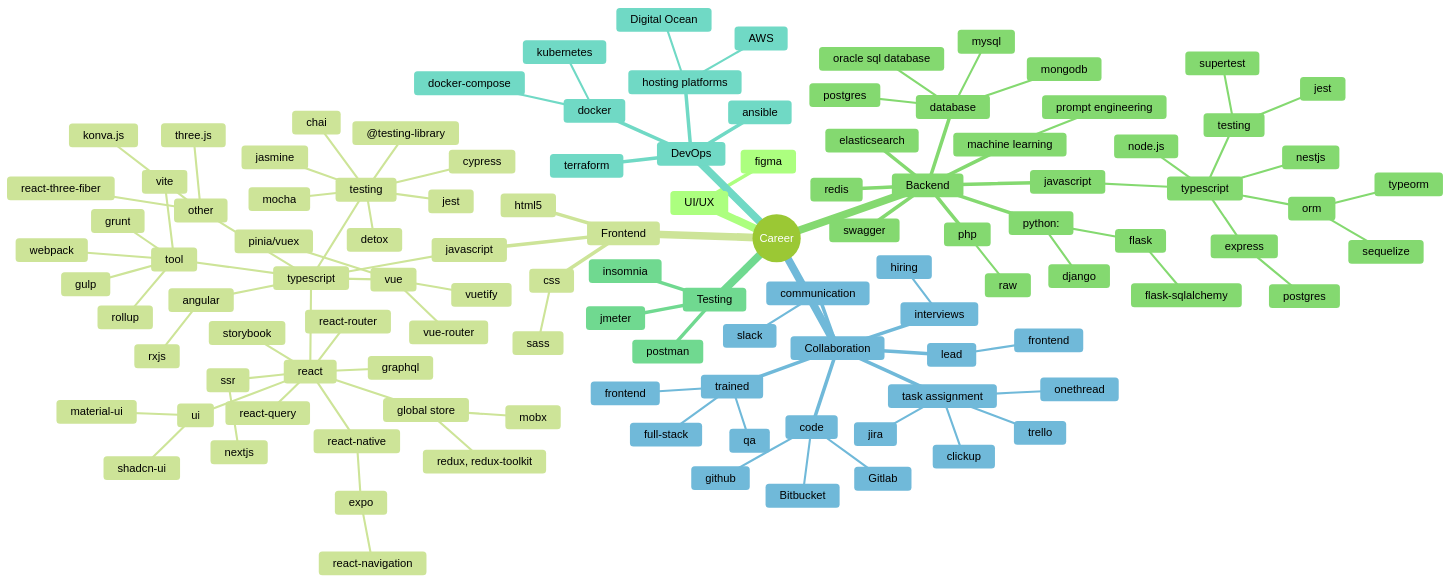
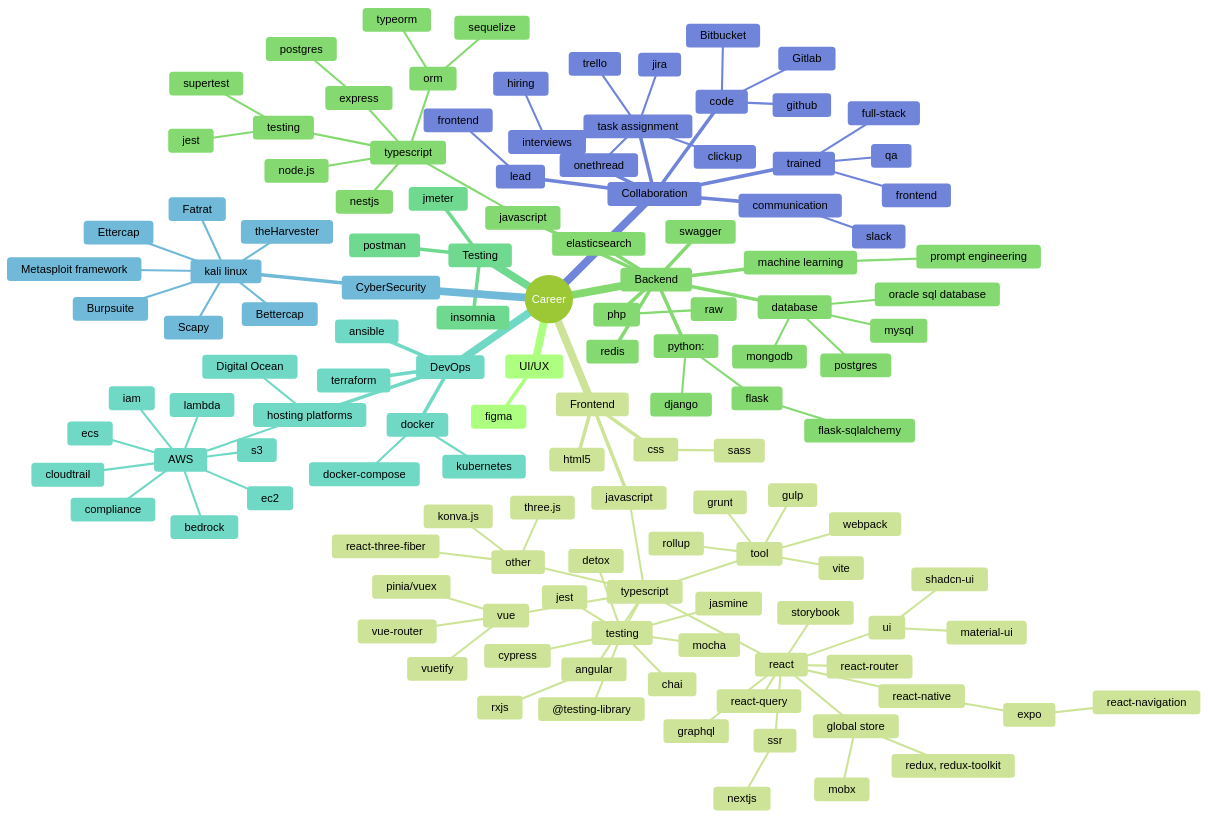
Before and after one commit to mp5maker/mp5maker: the diagram in highlight.md, drawn with Mermaid (forest theme). The commit also changed 1 other file, not shown here.

Commit message:
:sparkles: feat: enhance career highlight with new technologies and tools
- Added C programming icon
- Expanded AWS services section with EC2, Lambda, IAM, ECS, S3, CloudTrail, Compliance, and Bedrock
- Updated CyberSecurity section with Metasploit framework, Fatrat, Burpsuite, Scapy, Bettercap, and Ettercap

```diff
--- a/highlight.md
+++ b/highlight.md
@@ -54,6 +54,7 @@
           jest
           @testing-library
           cypress
+          ::icon(fa-brands fa-c)
           detox
         other
           konva.js
@@ -112,6 +113,24 @@
       ::icon(fa-brands fa-digital-ocean)
       AWS
       ::icon(fa-brands fa-aws)
+        ec2
+        lambda
+        iam
+        ecs
+        s3
+        cloudtrail
+        compliance
+        bedrock
+
+  CyberSecurity
+    kali linux
+      theHarvester
+      Metasploit framework
+      Fatrat
+      Burpsuite
+      Scapy
+      Bettercap
+      Ettercap
 
   Collaboration
     interviews
```
